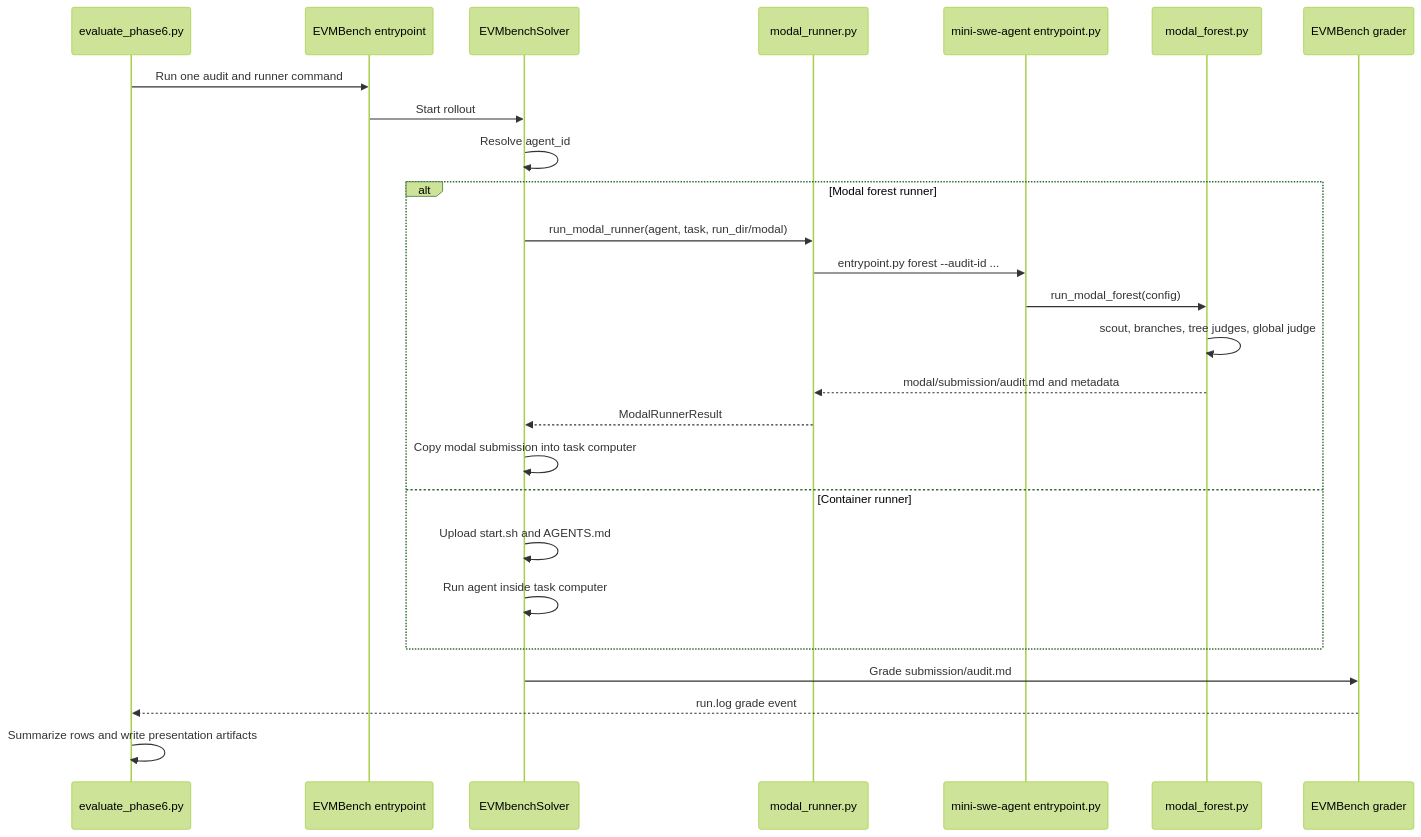
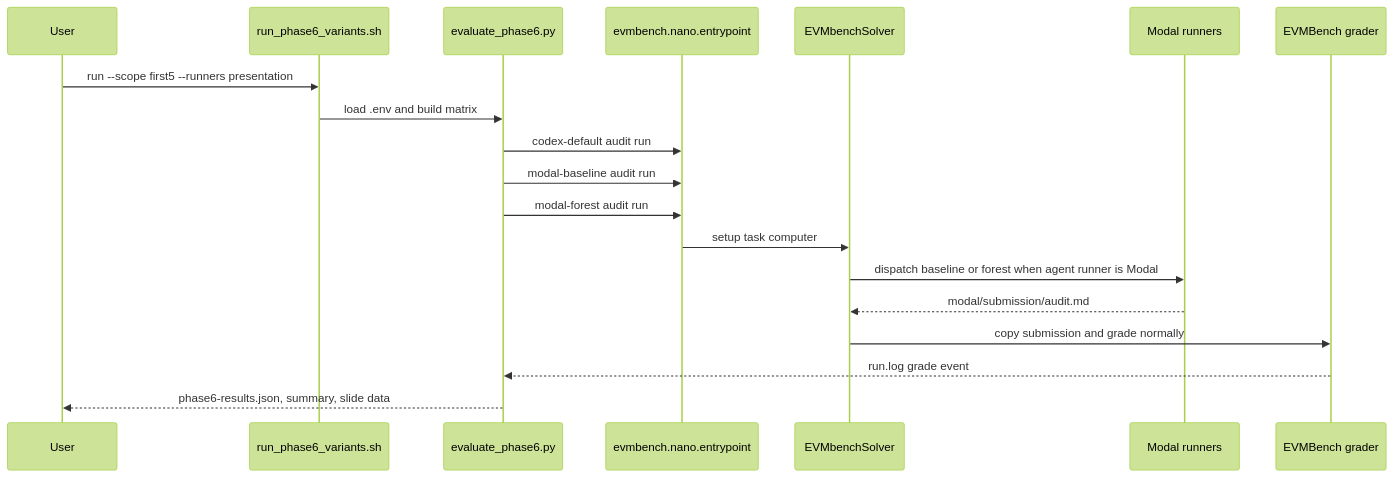
The third of 4 diagrams in project/evmbench/README.md (pranay5255/forestOfAudits), drawn with Mermaid (forest theme) before and after one commit. The commit also changed other lines of this file, not shown here.

Commit message:
docs: rewrite EVMBench README

````diff
--- a/project/evmbench/README.md
+++ b/project/evmbench/README.md
@@ -268,29 +539,22 @@
 ```mermaid
 sequenceDiagram
-    participant Eval as evaluate_phase6.py
-    participant Bench as EVMBench entrypoint
+    participant User
+    participant Wrapper as run_phase6_variants.sh
+    participant Phase6 as evaluate_phase6.py
+    participant Bench as evmbench.nano.entrypoint
     participant Solver as EVMbenchSolver
-    participant Runner as modal_runner.py
-    participant Entry as mini-swe-agent entrypoint.py
-    participant Forest as modal_forest.py
+    participant Modal as Modal runners
     participant Grade as EVMBench grader
 
-    Eval->>Bench: Run one audit and runner command
-    Bench->>Solver: Start rollout
-    Solver->>Solver: Resolve agent_id
-    alt Modal forest runner
-        Solver->>Runner: run_modal_runner(agent, task, run_dir/modal)
-        Runner->>Entry: entrypoint.py forest --audit-id ...
-        Entry->>Forest: run_modal_forest(config)
-        Forest->>Forest: scout, branches, tree judges, global judge
-        Forest-->>Runner: modal/submission/audit.md and metadata
-        Runner-->>Solver: ModalRunnerResult
-        Solver->>Solver: Copy modal submission into task computer
-    else Container runner
-        Solver->>Solver: Upload start.sh and AGENTS.md
-        Solver->>Solver: Run agent inside task computer
-    end
-    Solver->>Grade: Grade submission/audit.md
-    Grade-->>Eval: run.log grade event
-    Eval->>Eval: Summarize rows and write presentation artifacts
+    User->>Wrapper: run --scope first5 --runners presentation
+    Wrapper->>Phase6: load .env and build matrix
+    Phase6->>Bench: codex-default audit run
+    Phase6->>Bench: modal-baseline audit run
+    Phase6->>Bench: modal-forest audit run
+    Bench->>Solver: setup task computer
+    Solver->>Modal: dispatch baseline or forest when agent runner is Modal
+    Modal-->>Solver: modal/submission/audit.md
+    Solver->>Grade: copy submission and grade normally
+    Grade-->>Phase6: run.log grade event
+    Phase6-->>User: phase6-results.json, summary, slide data
 ```
````
